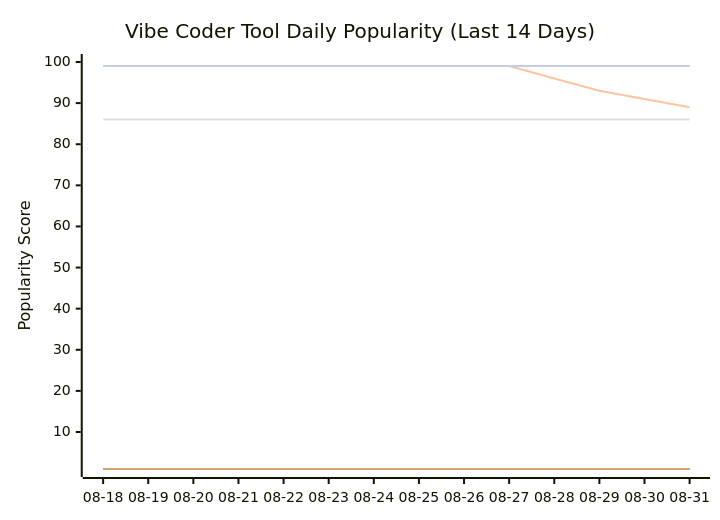
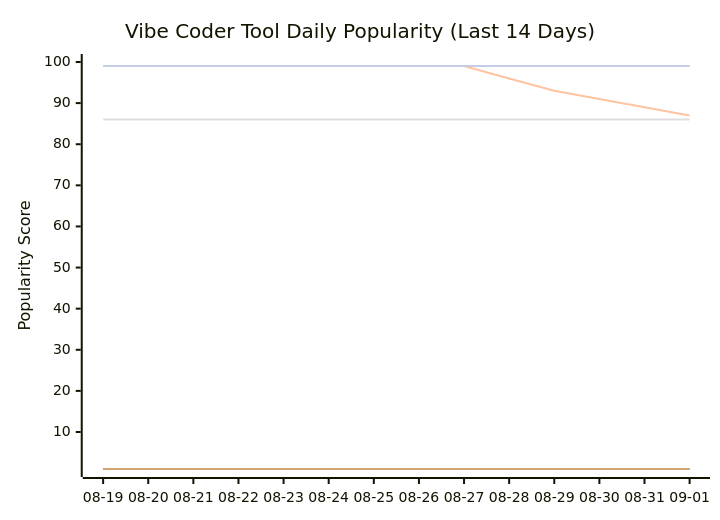
One commit to tykimos/ai-whatchelin changed the seventh of 11 diagrams in README.md. Above: the diagram before and after it, drawn with Mermaid. The commit also changed other lines of this file and 4 other files, not shown here.

````diff
--- a/README.md
+++ b/README.md
@@ -2375,13 +2375,13 @@
 ```mermaid
 xychart-beta
     title "Vibe Coder Tool Daily Popularity (Last 14 Days)"
-    x-axis ["08-18", "08-19", "08-20", "08-21", "08-22", "08-23", "08-24", "08-25", "08-26", "08-27", "08-28", "08-29", "08-30", "08-31"]
+    x-axis ["08-19", "08-20", "08-21", "08-22", "08-23", "08-24", "08-25", "08-26", "08-27", "08-28", "08-29", "08-30", "08-31", "09-01"]
     y-axis "Popularity Score" 1 --> 100
     line "Claude Code" [99, 99, 99, 99, 99, 99, 99, 99, 99, 99, 99, 99, 99, 99]
     line "GH Copilot" [1, 1, 1, 1, 1, 1, 1, 1, 1, 1, 1, 1, 1, 1]
-    line "Cursor" [99, 99, 99, 99, 99, 99, 99, 99, 99, 99, 96, 93, 91, 89]
+    line "Cursor" [99, 99, 99, 99, 99, 99, 99, 99, 99, 96, 93, 91, 89, 87]
     line "Windsurf" [86, 86, 86, 86, 86, 86, 86, 86, 86, 86, 86, 86, 86, 86]
     line "Codex CLI" [99, 99, 99, 99, 99, 99, 99, 99, 99, 99, 99, 99, 99, 99]
     line "Gemini CLI" [1, 1, 1, 1, 1, 1, 1, 1, 1, 1, 1, 1, 1, 1]
     line "Antigravity" [99, 99, 99, 99, 99, 99, 99, 99, 99, 99, 99, 99, 99, 99]
 ```
````
